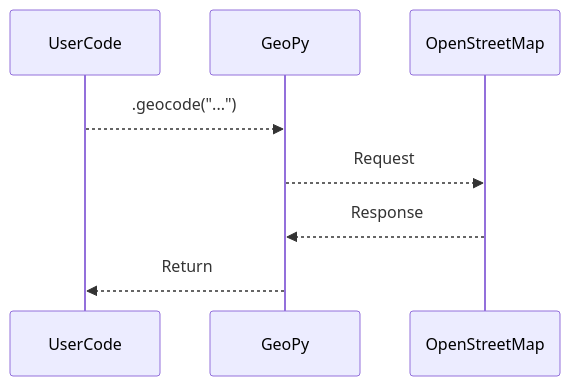
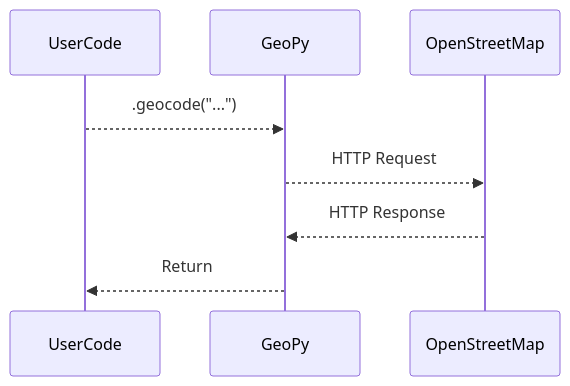
The diagram in book/chapters/15_community/a2_use_sdk.qmd (hanoufalmogri/python), drawn with Mermaid before and after one commit. The commit also changed 25 other files, not shown here.

Commit message:
figures: add a figure for each chapter

````diff
--- a/book/chapters/15_community/a2_use_sdk.qmd
+++ b/book/chapters/15_community/a2_use_sdk.qmd
@@ -64,7 +64,7 @@
 ```{mermaid}
 sequenceDiagram
     UserCode -->> GeoPy: .geocode("...")
-    GeoPy -->> OpenStreetMap: Request
-    OpenStreetMap -->> GeoPy: Response
+    GeoPy -->> OpenStreetMap: HTTP Request
+    OpenStreetMap -->> GeoPy: HTTP Response
     GeoPy -->> UserCode: Return
 ```
````
